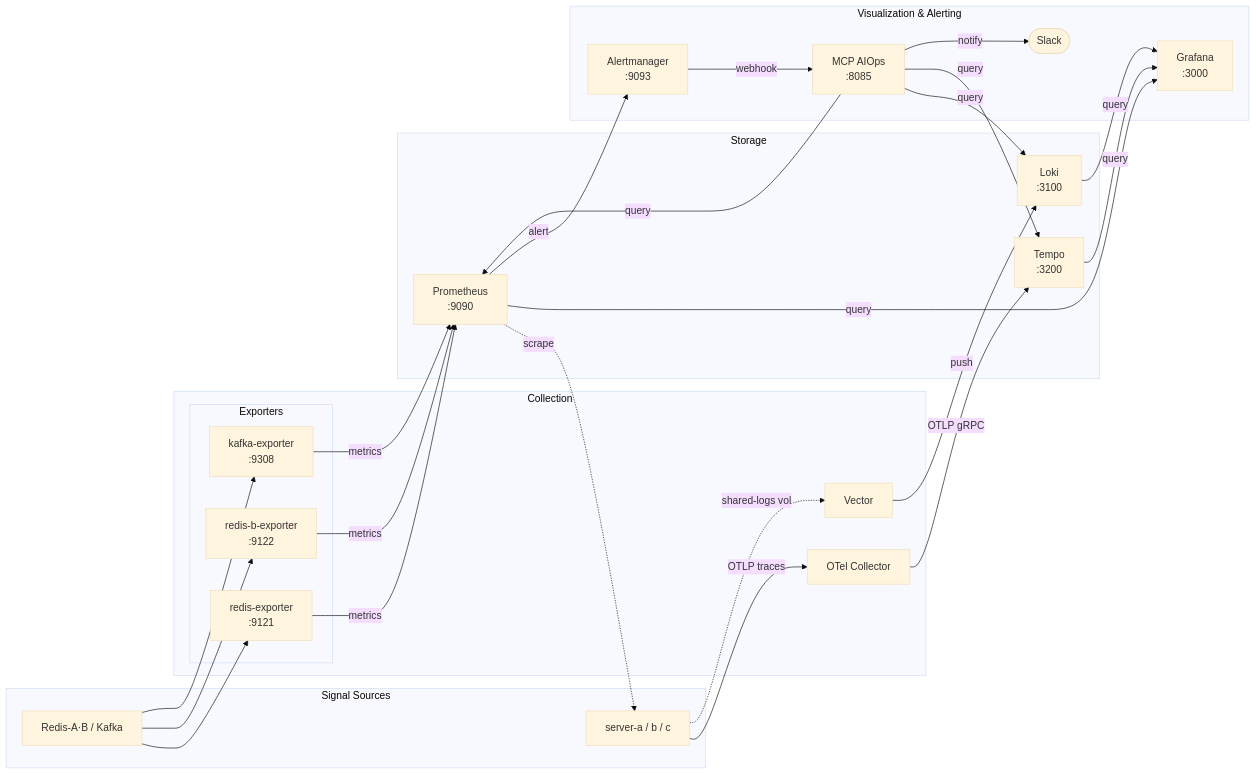
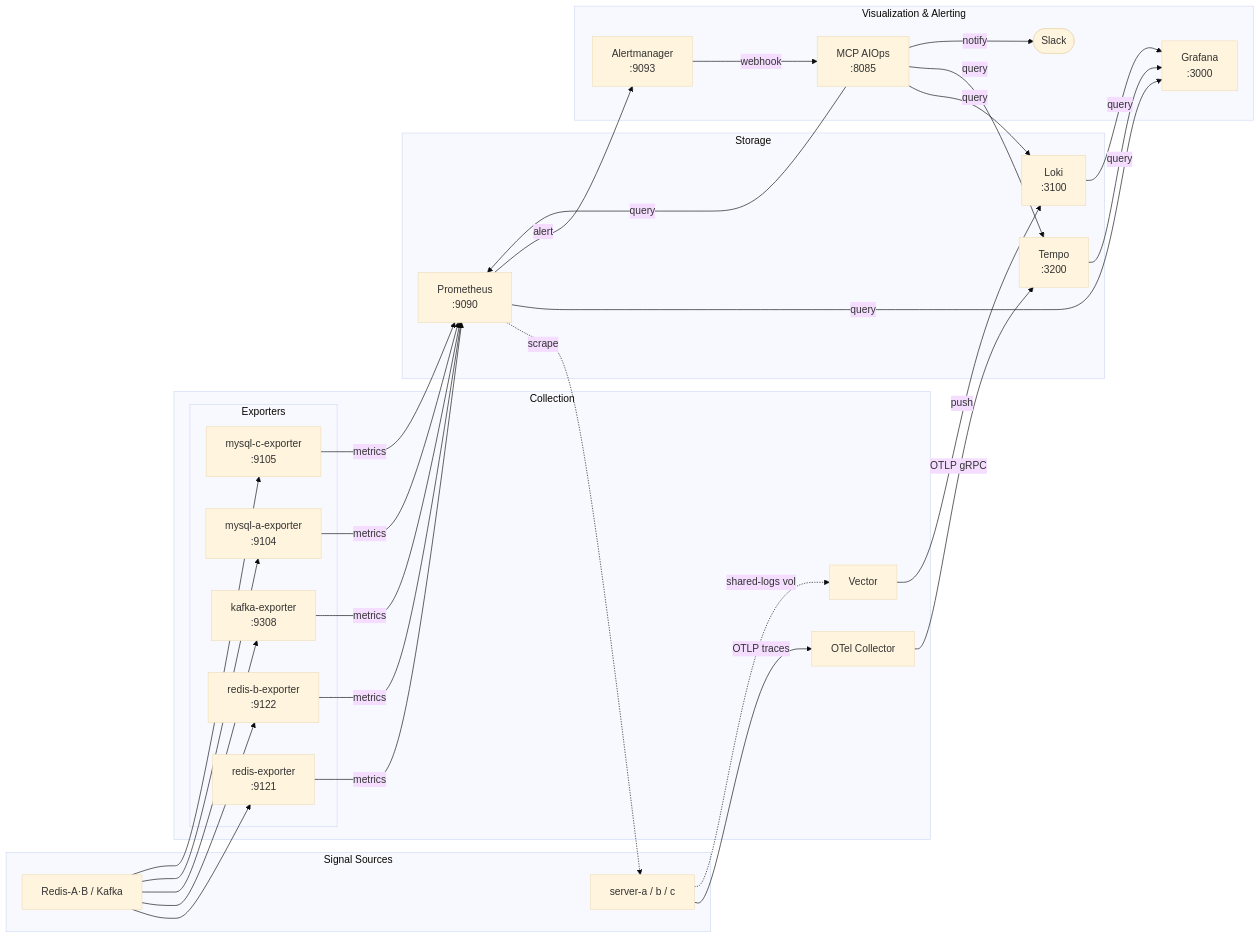
The second of 2 diagrams in docs/infra-diagram.md (michi2012/goods-promotion-project), drawn with Mermaid (base theme) before and after one commit. The commit also changed other lines of this file and 11 other files, not shown here.

First line of the commit message:
feat: mysql-exporter 도입 및 Alertmanager 데이터소스 연결

````diff
--- a/docs/infra-diagram.md
+++ b/docs/infra-diagram.md
@@ -47,45 +51,47 @@
 ```mermaid
 flowchart LR
     subgraph Src["Signal Sources"]
         apps["server-a / b / c"]
         infraSrc["Redis-A·B / Kafka"]
     end
 
     subgraph Collect["Collection"]
         otel["OTel Collector"]
         vector["Vector"]
         subgraph Exp["Exporters"]
             redisExp["redis-exporter\n:9121"]
             redisBExp["redis-b-exporter\n:9122"]
             kafkaExp["kafka-exporter\n:9308"]
+            mysqlAExp["mysql-a-exporter\n:9104"]
+            mysqlCExp["mysql-c-exporter\n:9105"]
         end
     end
 
     subgraph Store["Storage"]
         tempo["Tempo\n:3200"]
         loki["Loki\n:3100"]
         prometheus["Prometheus\n:9090"]
     end
 
     subgraph Vis["Visualization & Alerting"]
         grafana["Grafana\n:3000"]
         alertmanager["Alertmanager\n:9093"]
         mcp["MCP AIOps\n:8085"]
         Slack(["Slack"])
     end
 
     apps -->|OTLP traces| otel
     apps -.->|shared-logs vol| vector
-    infraSrc --> redisExp & redisBExp & kafkaExp
+    infraSrc --> redisExp & redisBExp & kafkaExp & mysqlAExp & mysqlCExp
 
     otel -->|OTLP gRPC| tempo
     vector -->|push| loki
-    redisExp & redisBExp & kafkaExp -->|metrics| prometheus
+    redisExp & redisBExp & kafkaExp & mysqlAExp & mysqlCExp -->|metrics| prometheus
     prometheus -.->|scrape| apps
 
     tempo & loki & prometheus -->|query| grafana
     prometheus -->|alert| alertmanager
     alertmanager -->|webhook| mcp
     mcp -->|query| prometheus & loki & tempo
     mcp -->|notify| Slack
 ```
````
